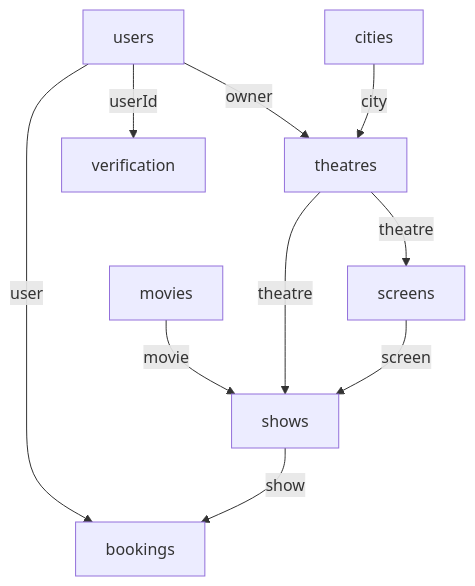
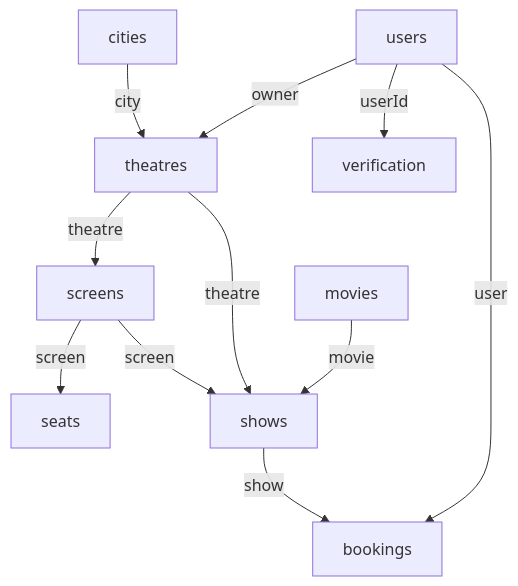
One commit to Shravan-509/BookMyShow changed the diagram in docs/DATABASE_SCHEMA.md. Above: the diagram before and after it, drawn with Mermaid. The commit also changed other lines of this file and 31 other files, not shown here.

````diff
--- a/docs/DATABASE_SCHEMA.md
+++ b/docs/DATABASE_SCHEMA.md
@@ -150,22 +183,24 @@
 ```mermaid
 flowchart TD
 
     User["users"]
     Theatre["theatres"]
     City["cities"]
     Booking["bookings"]
     Verification["verification"]
     Movie["movies"]
     Screen["screens"]
+    Seat["seats"]
     Show["shows"]
 
     User -->|owner| Theatre
     City -->|city| Theatre
     User -->|user| Booking
     User -->|userId| Verification
     Movie -->|movie| Show
     Theatre -->|theatre| Screen
+    Screen -->|screen| Seat
     Theatre -->|theatre| Show
     Screen -->|screen| Show
     Show -->|show| Booking
 ```
````
